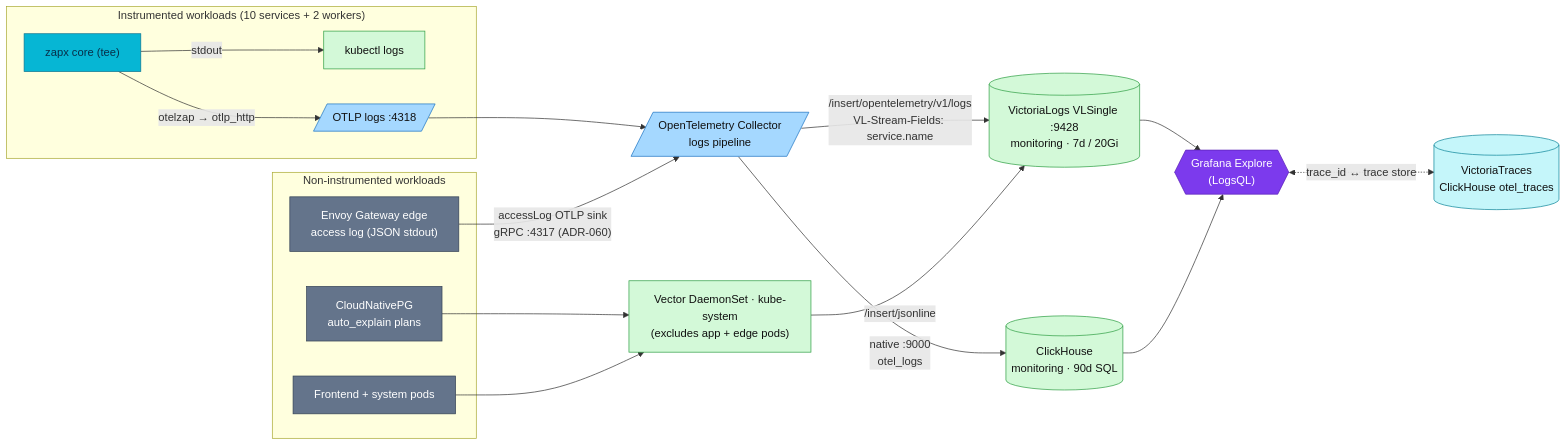
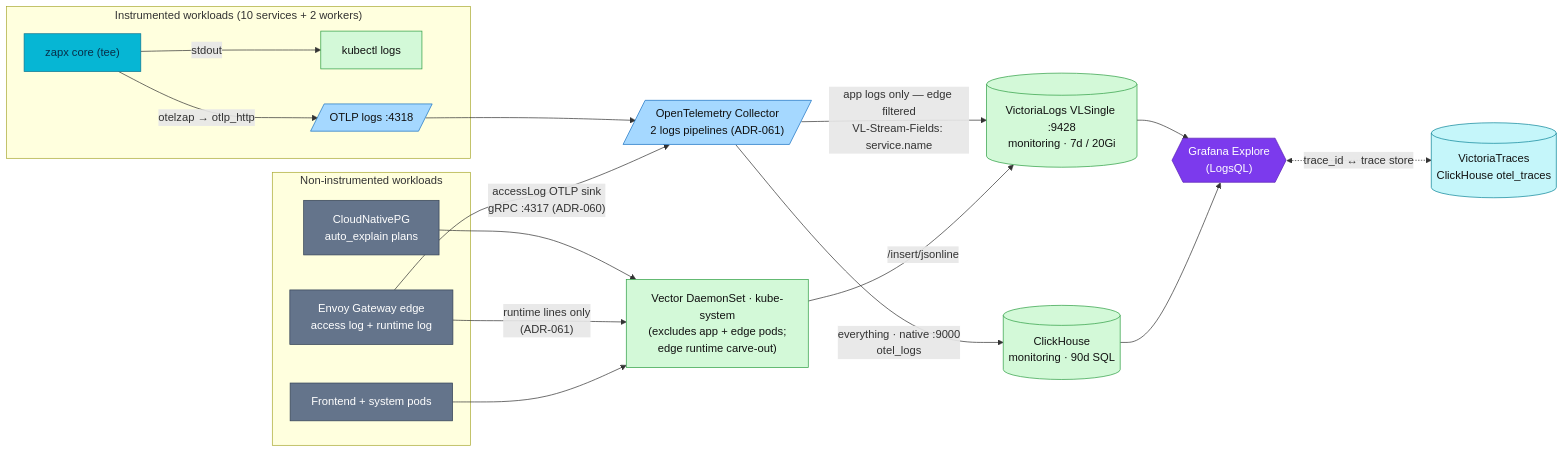
Before and after one commit to duynhlab/homelab: the diagram in docs/observability/logging/README.md, drawn with Mermaid. The commit also changed other lines of this file and 11 other files, not shown here.

````diff
--- a/docs/observability/logging/README.md
+++ b/docs/observability/logging/README.md
@@ -64,37 +70,38 @@
 ```mermaid
 flowchart LR
     subgraph apps["Instrumented workloads (10 services + 2 workers)"]
         Z["zapx core (tee)"]
         Z -->|stdout| KLOGS["kubectl logs"]
         Z -->|"otelzap → otlp_http"| OTLP
     end
     subgraph infra["Non-instrumented workloads"]
         CNPG["CloudNativePG<br/>auto_explain plans"]
-        EDGE["Envoy Gateway edge<br/>access log (JSON stdout)"]
+        EDGE["Envoy Gateway edge<br/>access log + runtime log"]
         FE["Frontend + system pods"]
     end
-    OTLP[/"OTLP logs :4318"/] --> COL[/"OpenTelemetry Collector<br/>logs pipeline"/]
-    CNPG --> VEC["Vector DaemonSet · kube-system<br/>(excludes app + edge pods)"]
+    OTLP[/"OTLP logs :4318"/] --> COL[/"OpenTelemetry Collector<br/>2 logs pipelines (ADR-061)"/]
+    CNPG --> VEC["Vector DaemonSet · kube-system<br/>(excludes app + edge pods;<br/>edge runtime carve-out)"]
     EDGE -->|"accessLog OTLP sink<br/>gRPC :4317 (ADR-060)"| COL
+    EDGE -->|"runtime lines only<br/>(ADR-061)"| VEC
     FE --> VEC
-    COL -->|"/insert/opentelemetry/v1/logs<br/>VL-Stream-Fields: service.name"| VL[("VictoriaLogs VLSingle :9428<br/>monitoring · 7d / 20Gi")]
-    COL -->|"native :9000<br/>otel_logs"| CH[("ClickHouse<br/>monitoring · 90d SQL")]
+    COL -->|"app logs only — edge filtered<br/>VL-Stream-Fields: service.name"| VL[("VictoriaLogs VLSingle :9428<br/>monitoring · 7d / 20Gi")]
+    COL -->|"everything · native :9000<br/>otel_logs"| CH[("ClickHouse<br/>monitoring · 90d SQL")]
     VEC -->|"/insert/jsonline"| VL
     VL --> GRAF{{"Grafana Explore<br/>(LogsQL)"}}
     CH --> GRAF
     GRAF <-. "trace_id ↔ trace store" .-> TEMPO[("VictoriaTraces<br/>ClickHouse otel_traces")]
     classDef collector fill:#a5d8ff,color:#111,stroke:#1971c2;
     classDef log fill:#d3f9d8,color:#111,stroke:#2f9e44;
     classDef trace fill:#c5f6fa,color:#111,stroke:#0c8599;
     class OTLP,COL collector;
     class VL log;
     class CH log;
     class TEMPO trace;
     classDef service fill:#06b6d4,color:#082f49,stroke:#0e7490;
     classDef external fill:#64748b,color:#fff,stroke:#334155;
     classDef platform fill:#7c3aed,color:#fff,stroke:#5b21b6;
     class Z service;
     class CNPG,EDGE,FE external;
     class VEC,KLOGS log;
     class GRAF platform;
 ```
````
